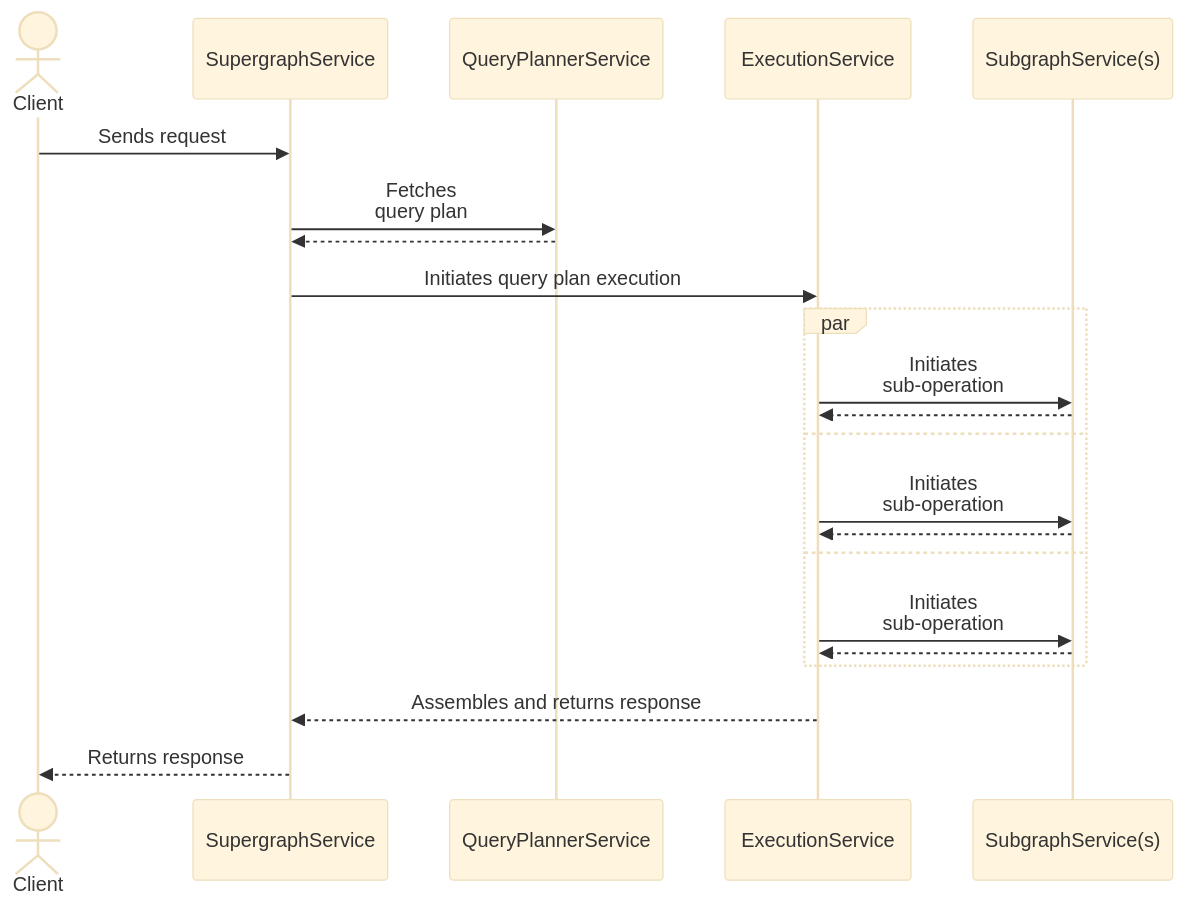
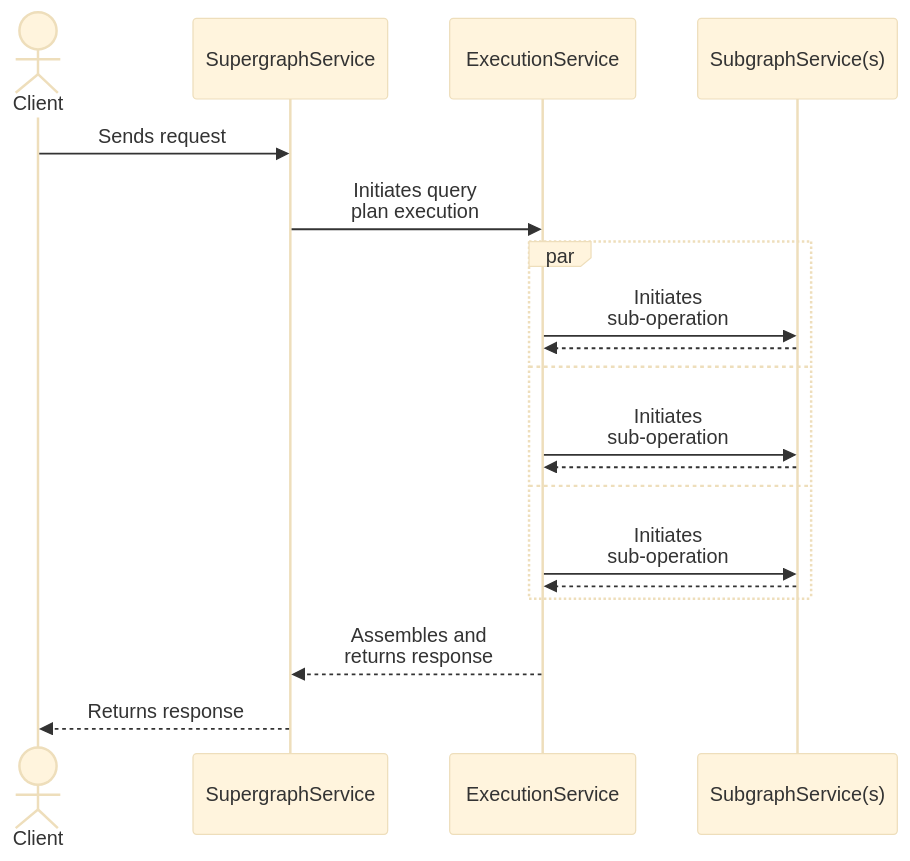
Before and after one commit to apollographql/router: the diagram in docs/source/customizations/overview.mdx, drawn with Mermaid (base theme). The commit also changed other lines of this file and 6 other files, not shown here.

````diff
--- a/docs/source/customizations/overview.mdx
+++ b/docs/source/customizations/overview.mdx
@@ -27,25 +28,22 @@
 ```mermaid
 sequenceDiagram
     actor Client
     participant SupergraphService
-    participant QueryPlannerService
     participant ExecutionService
     participant SubgraphService(s)
 
     Client->>SupergraphService: Sends request
-    SupergraphService->>QueryPlannerService: Fetches<br/>query plan
-    QueryPlannerService-->>SupergraphService: 
-    SupergraphService->>ExecutionService: Initiates query plan execution
+    SupergraphService->>ExecutionService: Initiates query<br/>plan execution
     par
     ExecutionService->>SubgraphService(s): Initiates<br/>sub-operation
     SubgraphService(s)-->>ExecutionService: 
     and
     ExecutionService->>SubgraphService(s): Initiates<br/>sub-operation
     SubgraphService(s)-->>ExecutionService: 
     and
     ExecutionService->>SubgraphService(s): Initiates<br/>sub-operation
     SubgraphService(s)-->>ExecutionService: 
     end
-    ExecutionService-->>SupergraphService: Assembles and returns response
+    ExecutionService-->>SupergraphService: Assembles and<br/>returns response
     SupergraphService-->>Client: Returns response
 ```
````
